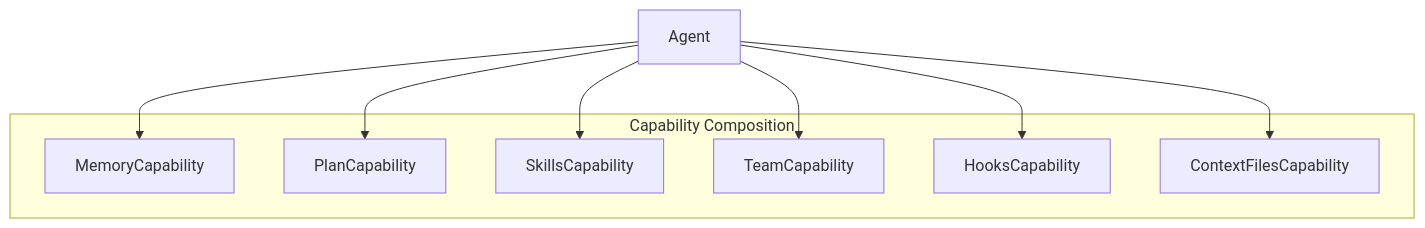
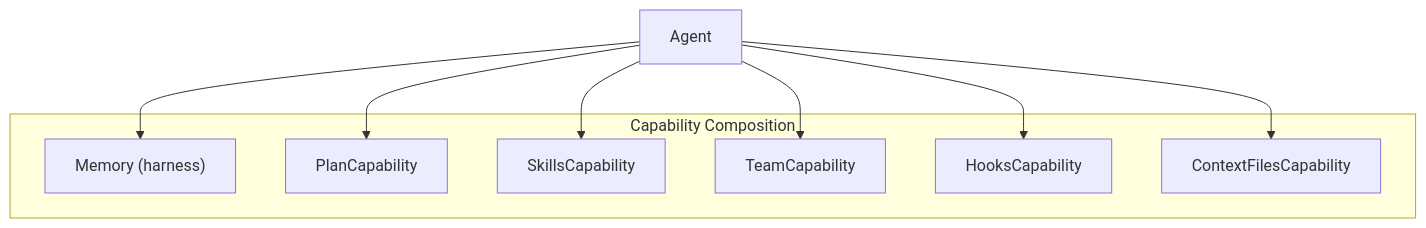
One commit to Seven-94/pydantic-deepagents changed the ninth of 13 diagrams in docs/c4/2-architecture-overview.md. Above: the diagram before and after it, drawn with Mermaid. The commit also changed other lines of this file and 24 other files, not shown here.

First line of the commit message:
feat!: back memory with the pydantic-ai-harness Memory capability (#236)

````diff
--- a/docs/c4/2-architecture-overview.md
+++ b/docs/c4/2-architecture-overview.md
@@ -445,18 +445,18 @@
 ```mermaid
 flowchart TD
     subgraph Composition["Capability Composition"]
-        CAP1["MemoryCapability"]
+        CAP1["Memory (harness)"]
         CAP2["PlanCapability"]
         CAP3["SkillsCapability"]
         CAP4["TeamCapability"]
         CAP5["HooksCapability"]
         CAP6["ContextFilesCapability"]
     end
 
     AGENT["Agent"] --> CAP1
     AGENT --> CAP2
     AGENT --> CAP3
     AGENT --> CAP4
     AGENT --> CAP5
     AGENT --> CAP6
 ```
````
